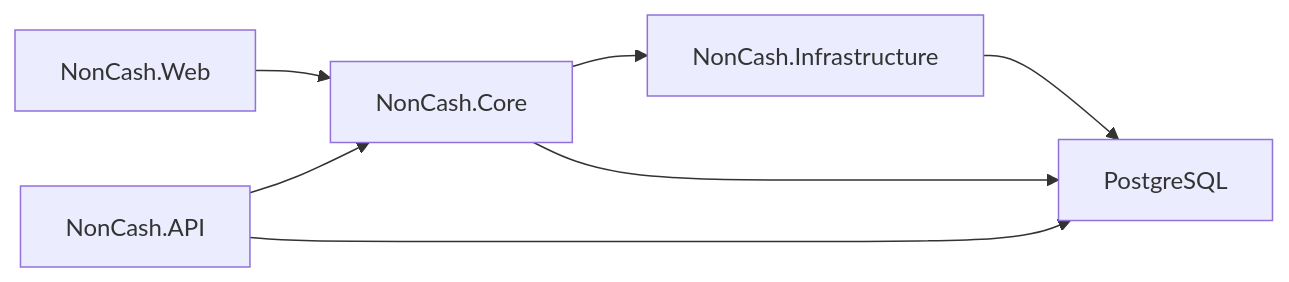
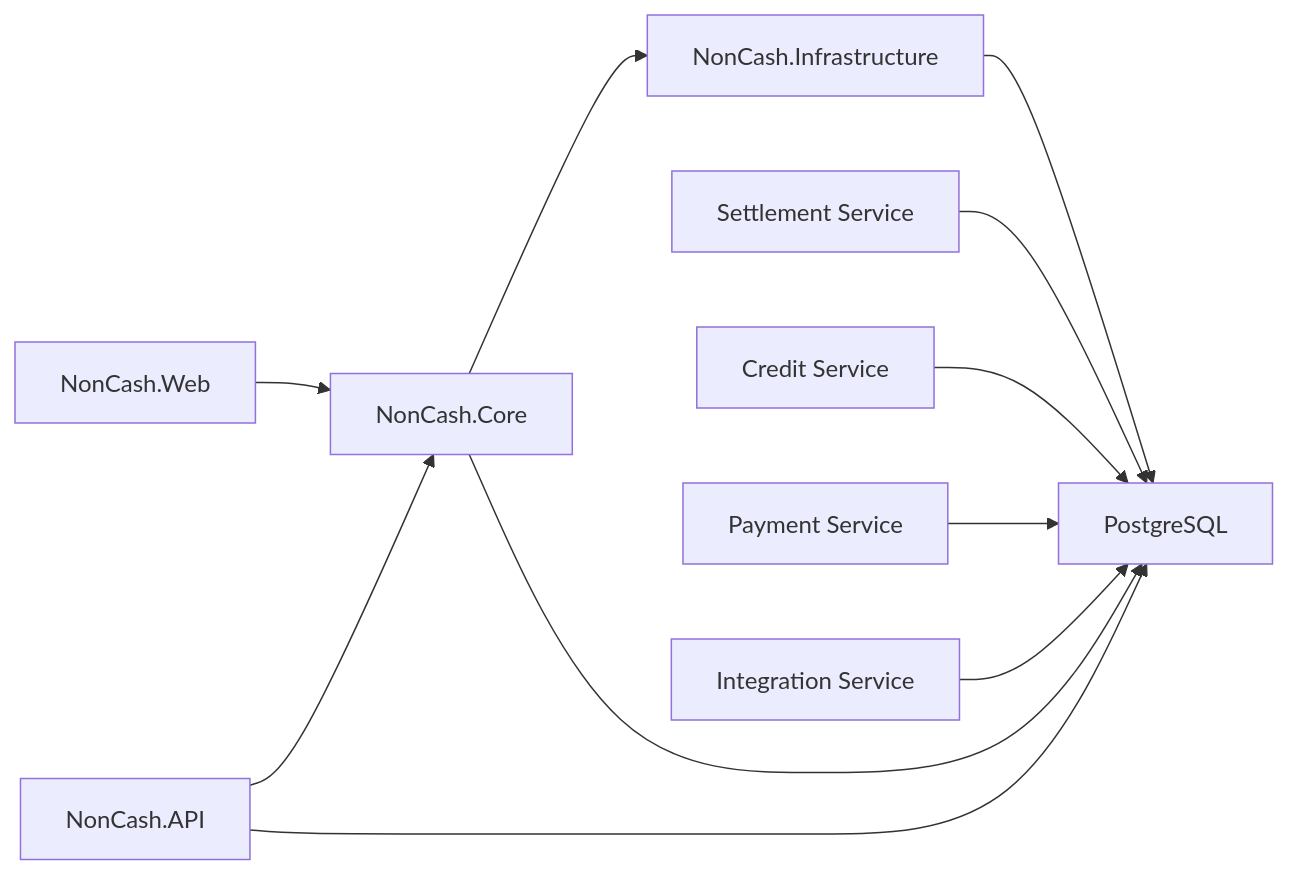
Diagram 14 of 14 in .qoder/repowiki/en/content/Business Logic and Workflows/Business Logic and Workflows.md (lamhongbac/NonCash), drawn with Mermaid before and after one commit. The commit also changed other lines of this file and 13 other files, not shown here.

````diff
--- a/.qoder/repowiki/en/content/Business Logic and Workflows/Business Logic and Workflows.md
+++ b/.qoder/repowiki/en/content/Business Logic and Workflows/Business Logic and Workflows.md
@@ -337,9 +625,13 @@
 ```mermaid
 graph LR
 Web["NonCash.Web"] --> Core["NonCash.Core"]
 API["NonCash.API"] --> Core
 Core --> Infra["NonCash.Infrastructure"]
 Infra --> DB["PostgreSQL"]
 API --> DB
 Core --> DB
+SETTLEMENT["Settlement Service"] --> DB
+CREDIT["Credit Service"] --> DB
+PAYMENT["Payment Service"] --> DB
+INTEGRATION["Integration Service"] --> DB
 ```
````
